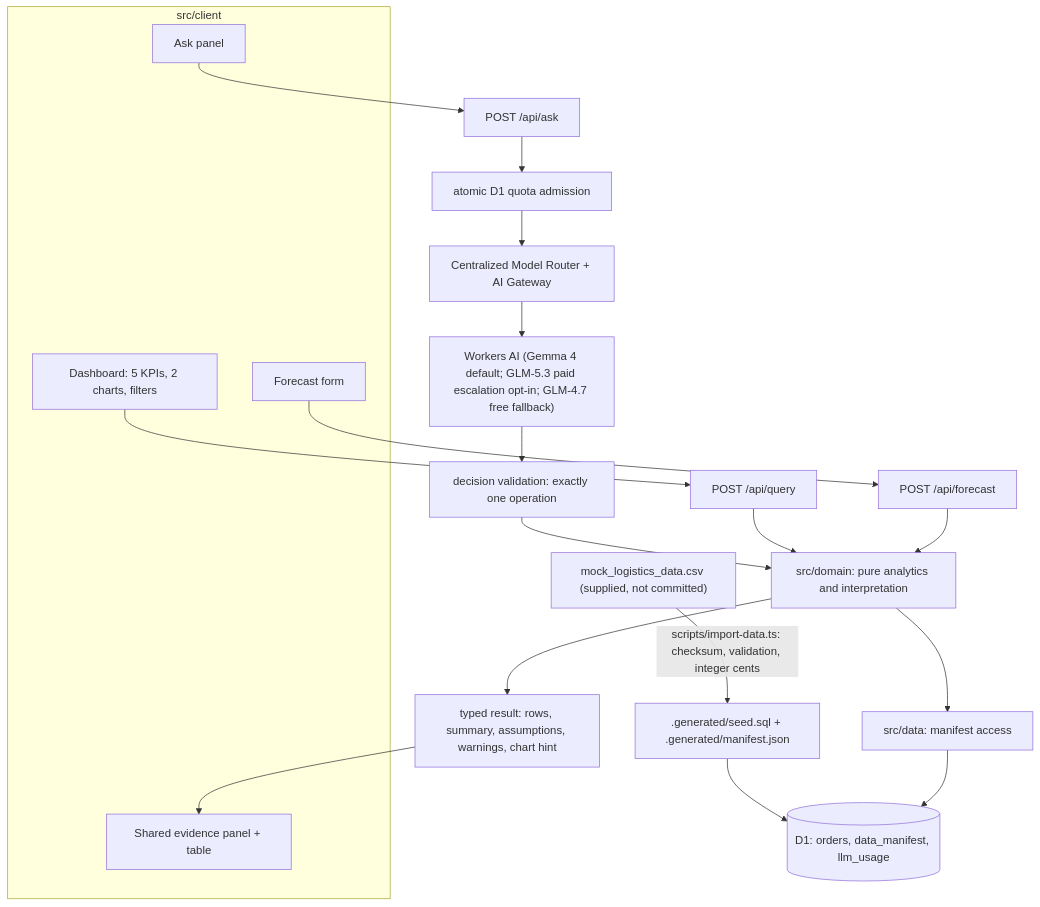
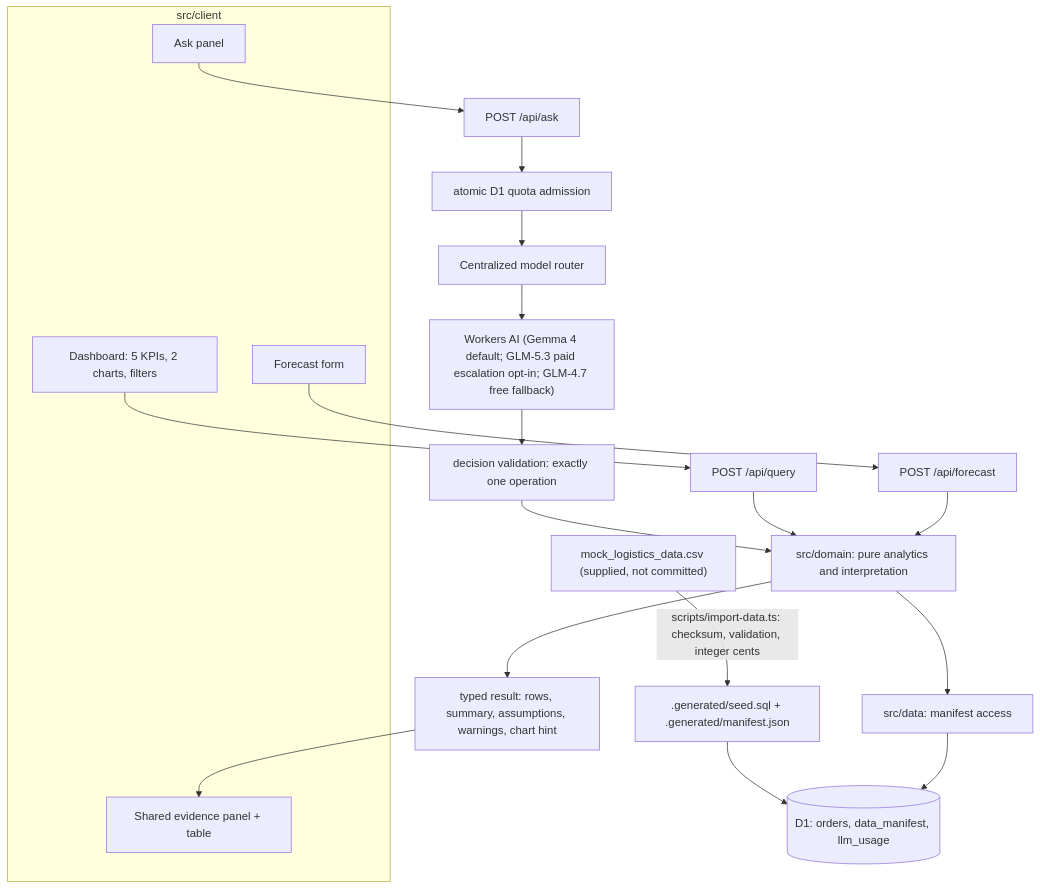
Before and after one commit to itanium-g/logistics-data-analytics: the diagram in README.md, drawn with Mermaid. The commit also changed other lines of this file and 11 other files, not shown here.

````diff
--- a/README.md
+++ b/README.md
@@ -112,29 +114,29 @@
 ```mermaid
 flowchart TD
     CSV["mock_logistics_data.csv (supplied, not committed)"]
       -->|"scripts/import-data.ts: checksum, validation, integer cents"| SEED[".generated/seed.sql + .generated/manifest.json"]
     SEED --> D1[("D1: orders, data_manifest, llm_usage")]
 
     subgraph browser["src/client"]
       DASH["Dashboard: 5 KPIs, 2 charts, filters"]
       ASK["Ask panel"]
       FC["Forecast form"]
       EV["Shared evidence panel + table"]
     end
 
     DASH --> Q["POST /api/query"]
     FC --> F["POST /api/forecast"]
     ASK --> A["POST /api/ask"]
 
     A --> GUARD["atomic D1 quota admission"]
-    GUARD --> ROUTER["Centralized Model Router + AI Gateway"]
+    GUARD --> ROUTER["Centralized model router"]
     ROUTER --> MODEL["Workers AI (Gemma 4 default; GLM-5.3 paid escalation opt-in; GLM-4.7 free fallback)"]
     MODEL --> VAL["decision validation: exactly one operation"]
     VAL --> DOMAIN
     Q --> DOMAIN["src/domain: pure analytics and interpretation"]
     F --> DOMAIN
     DOMAIN --> DATA["src/data: manifest access"]
     DATA --> D1
     DOMAIN --> RES["typed result: rows, summary, assumptions, warnings, chart hint"]
     RES --> EV
 ```
````
